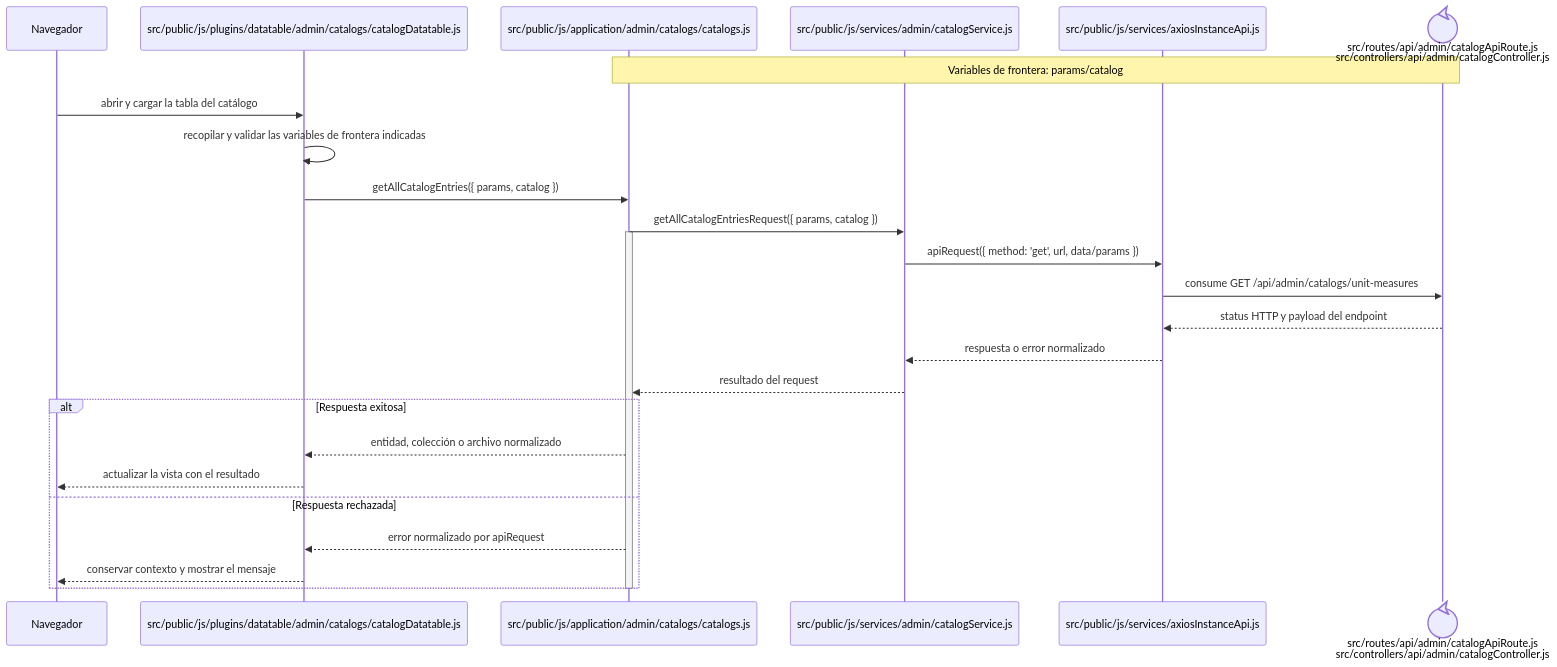
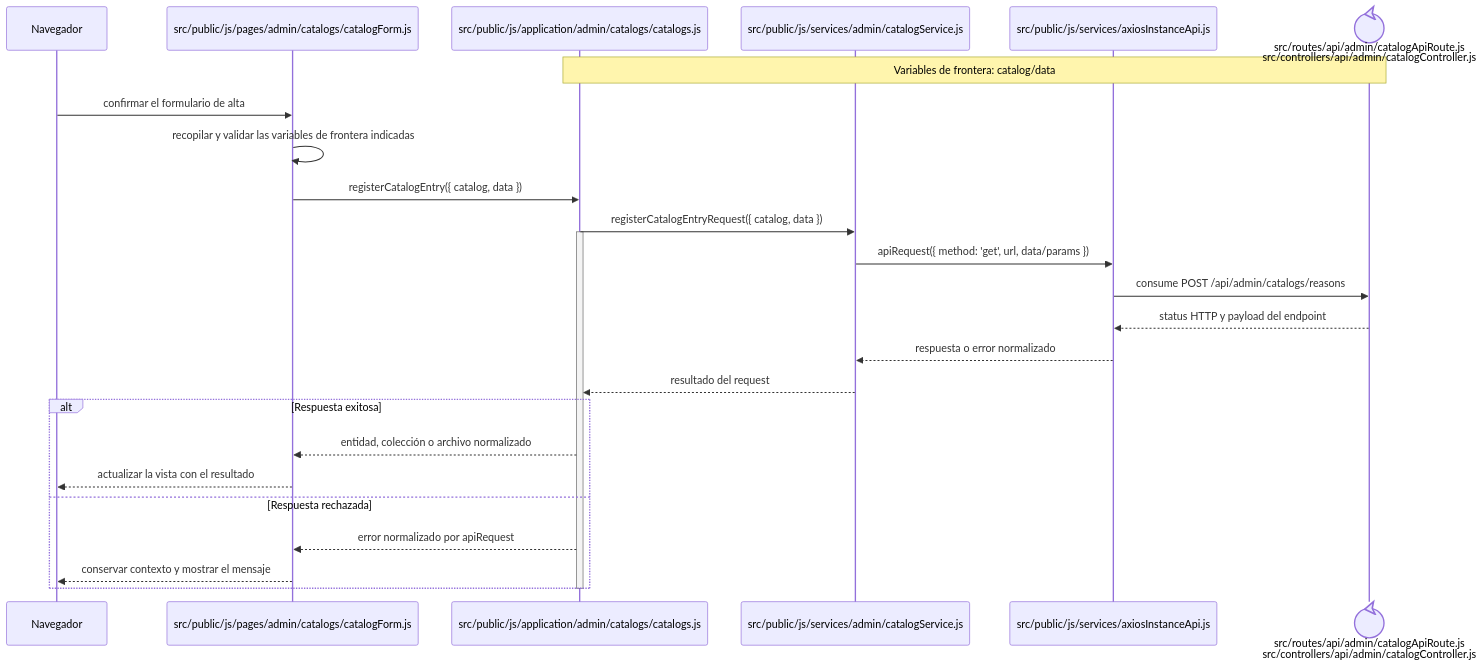
Before and after one commit to gpgsistemas01/nexus: the diagram in docs/architecture/frontend-code-sequences/catalogs/cu-cat-40.md, drawn with Mermaid. The commit also changed other lines of this file and 126 other files, not shown here.

````diff
--- a/docs/architecture/frontend-code-sequences/catalogs/cu-cat-40.md
+++ b/docs/architecture/frontend-code-sequences/catalogs/cu-cat-40.md
@@ -6,29 +6,29 @@
 ```mermaid
 sequenceDiagram
     participant Browser as Navegador
-    participant View as src/public/js/plugins/datatable/admin/catalogs/catalogDatatable.js
+    participant View as src/public/js/pages/admin/catalogs/catalogForm.js
     participant Application as src/public/js/application/admin/catalogs/catalogs.js
     participant Request as src/public/js/services/admin/catalogService.js
     participant HTTP as src/public/js/services/axiosInstanceApi.js
     participant Transport@{ "type": "control" } as src/routes/api/admin/catalogApiRoute.js<br/>src/controllers/api/admin/catalogController.js
-    Note over Application,Transport: Variables de frontera: params/catalog
+    Note over Application,Transport: Variables de frontera: catalog/data
 
-    Browser->>View: abrir y cargar la tabla del catálogo
+    Browser->>View: confirmar el formulario de alta
     View->>View: recopilar y validar las variables de frontera indicadas
-    View->>Application: getAllCatalogEntries({ params, catalog })
-    Application->>Request: getAllCatalogEntriesRequest({ params, catalog })
+    View->>Application: registerCatalogEntry({ catalog, data })
+    Application->>Request: registerCatalogEntryRequest({ catalog, data })
     activate Application
     Request->>HTTP: apiRequest({ method: 'get', url, data/params })
-    HTTP->>Transport: consume GET /api/admin/catalogs/unit-measures
+    HTTP->>Transport: consume POST /api/admin/catalogs/reasons
     Transport-->>HTTP: status HTTP y payload del endpoint
     HTTP-->>Request: respuesta o error normalizado
     Request-->>Application: resultado del request
     alt Respuesta exitosa
         Application-->>View: entidad, colección o archivo normalizado
         View-->>Browser: actualizar la vista con el resultado
     else Respuesta rechazada
         Application-->>View: error normalizado por apiRequest
         View-->>Browser: conservar contexto y mostrar el mensaje
     end
     deactivate Application
 ```
````
